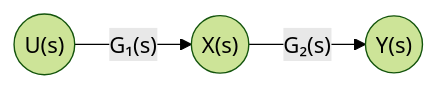
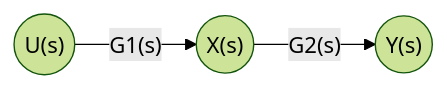
The first of 14 diagrams in Lecture-Notes/Week06_Control-System-Modeling-III/Concepts_Lecture.ko.md (Choroning/25Fall_Neural-Network-Control-Systems), drawn with Mermaid (forest theme) before and after one commit. The commit also changed other lines of this file and 25 other files, not shown here.

````diff
--- a/Lecture-Notes/Week06_Control-System-Modeling-III/Concepts_Lecture.ko.md
+++ b/Lecture-Notes/Week06_Control-System-Modeling-III/Concepts_Lecture.ko.md
@@ -82,5 +82,5 @@
 ```mermaid
 flowchart LR
-  U(("U(s)")) -->|"G₁(s)"| X(("X(s)"))
-  X -->|"G₂(s)"| Y(("Y(s)"))
+  U(("U(s)")) -->|"G1(s)"| X(("X(s)"))
+  X -->|"G2(s)"| Y(("Y(s)"))
 ```
````
